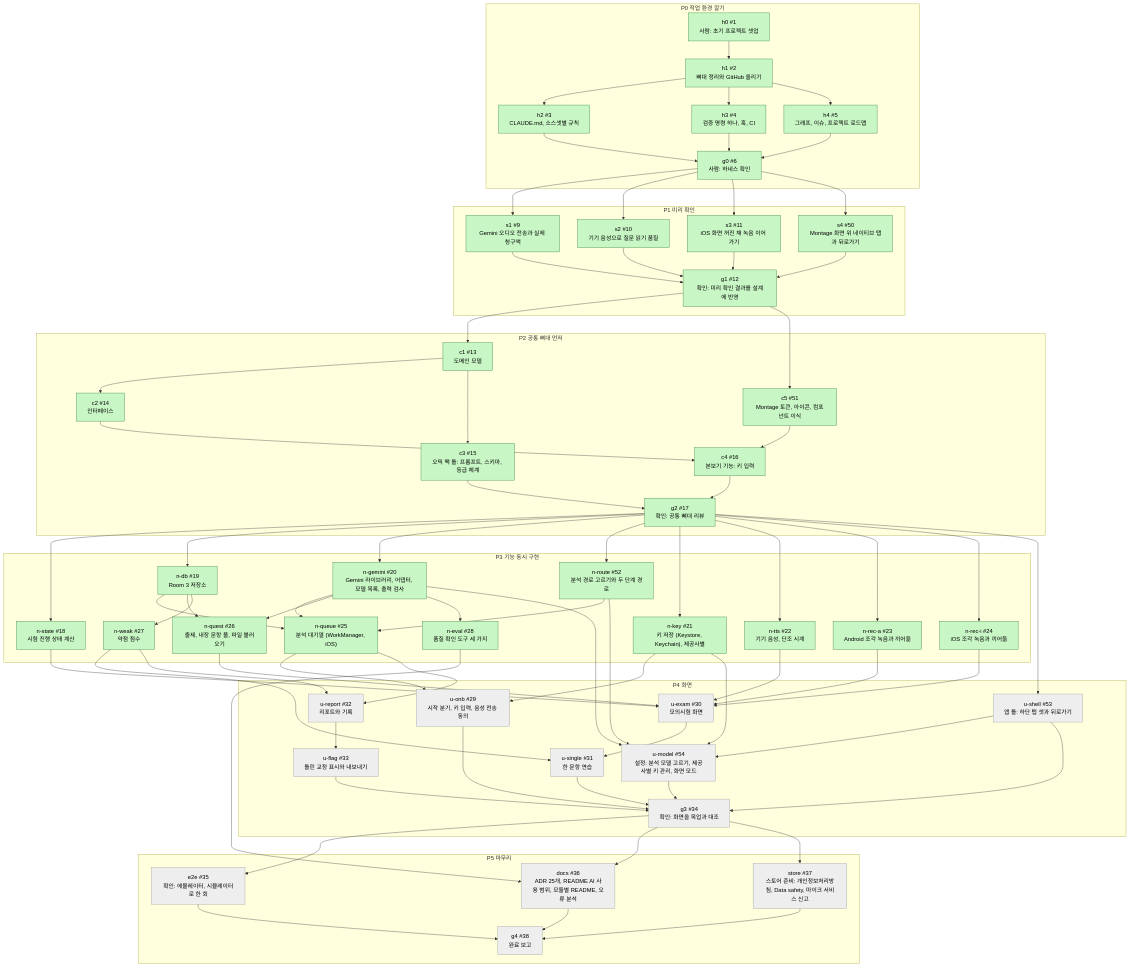
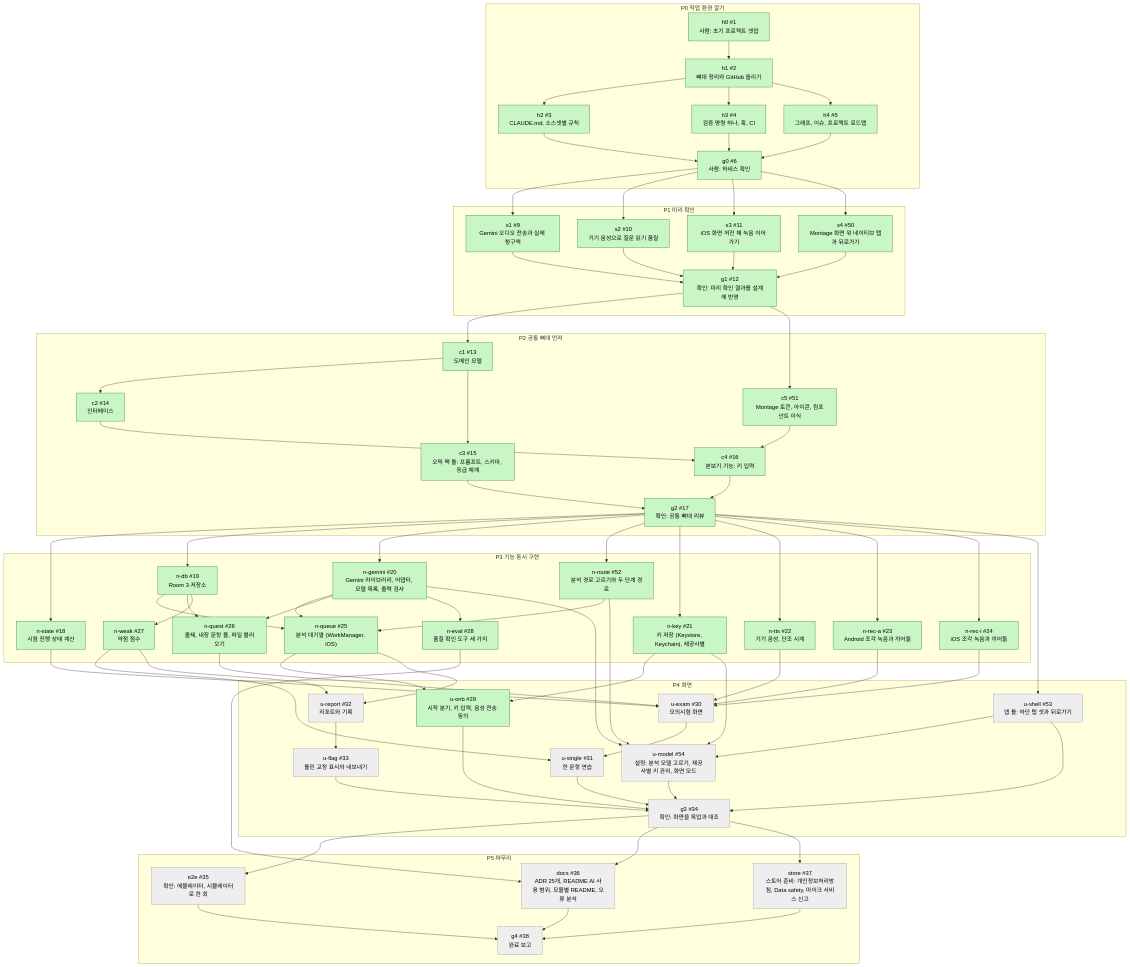
One commit to nosorae/AiOpicSelfStudy changed the first of 2 diagrams in docs/graph/dev-graph.md. Above: the diagram before and after it, drawn with Mermaid. The commit also changed other lines of this file and 28 other files, not shown here.

````diff
--- a/docs/graph/dev-graph.md
+++ b/docs/graph/dev-graph.md
@@ -127,9 +127,9 @@
   docs --> g4
   store --> g4
   classDef todo fill:#eeeeee,stroke:#999999,color:#000
-  class u_onb,u_shell,u_exam,u_single,u_report,u_flag,u_model,g3,e2e,docs,store,g4 todo
+  class u_shell,u_exam,u_single,u_report,u_flag,u_model,g3,e2e,docs,store,g4 todo
   classDef doing fill:#fff3b0,stroke:#d4a017,color:#000
   classDef done fill:#c8f7c5,stroke:#2e7d32,color:#000
-  class h0,h1,h2,h3,h4,g0,s1,s2,s3,s4,g1,c1,c2,c3,c5,c4,g2,n_state,n_db,n_gemini,n_route,n_key,n_tts,n_rec_a,n_rec_i,n_queue,n_quest,n_weak,n_eval done
+  class h0,h1,h2,h3,h4,g0,s1,s2,s3,s4,g1,c1,c2,c3,c5,c4,g2,n_state,n_db,n_gemini,n_route,n_key,n_tts,n_rec_a,n_rec_i,n_queue,n_quest,n_weak,n_eval,u_onb done
   classDef blocked fill:#ffcdd2,stroke:#c62828,color:#000
 ```
````
